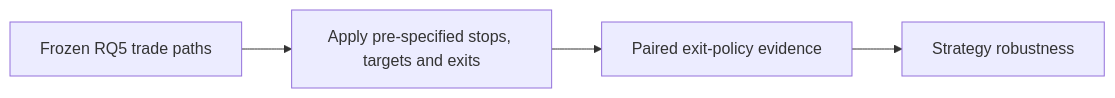
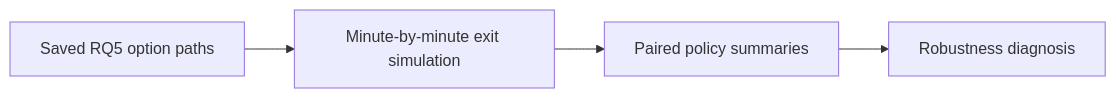
Before and after one commit to Ferreter/Dissertation: the diagram in docs/notebooks/16_rq5_exit_strategy_sensitivity.md, drawn with Mermaid. The commit also changed other lines of this file and 27 other files, not shown here.

````diff
--- a/docs/notebooks/16_rq5_exit_strategy_sensitivity.md
+++ b/docs/notebooks/16_rq5_exit_strategy_sensitivity.md
@@ -12,6 +13,6 @@
 ```mermaid
 flowchart LR
-    A["Frozen RQ5 trade paths"] --> B["Apply pre-specified stops, targets and exits"]
-    B --> C["Paired exit-policy evidence"]
-    C --> D["Strategy robustness"]
+    A["Saved RQ5 option paths"] --> B["Minute-by-minute exit simulation"]
+    B --> C["Paired policy summaries"]
+    C --> D["Robustness diagnosis"]
 ```
````
